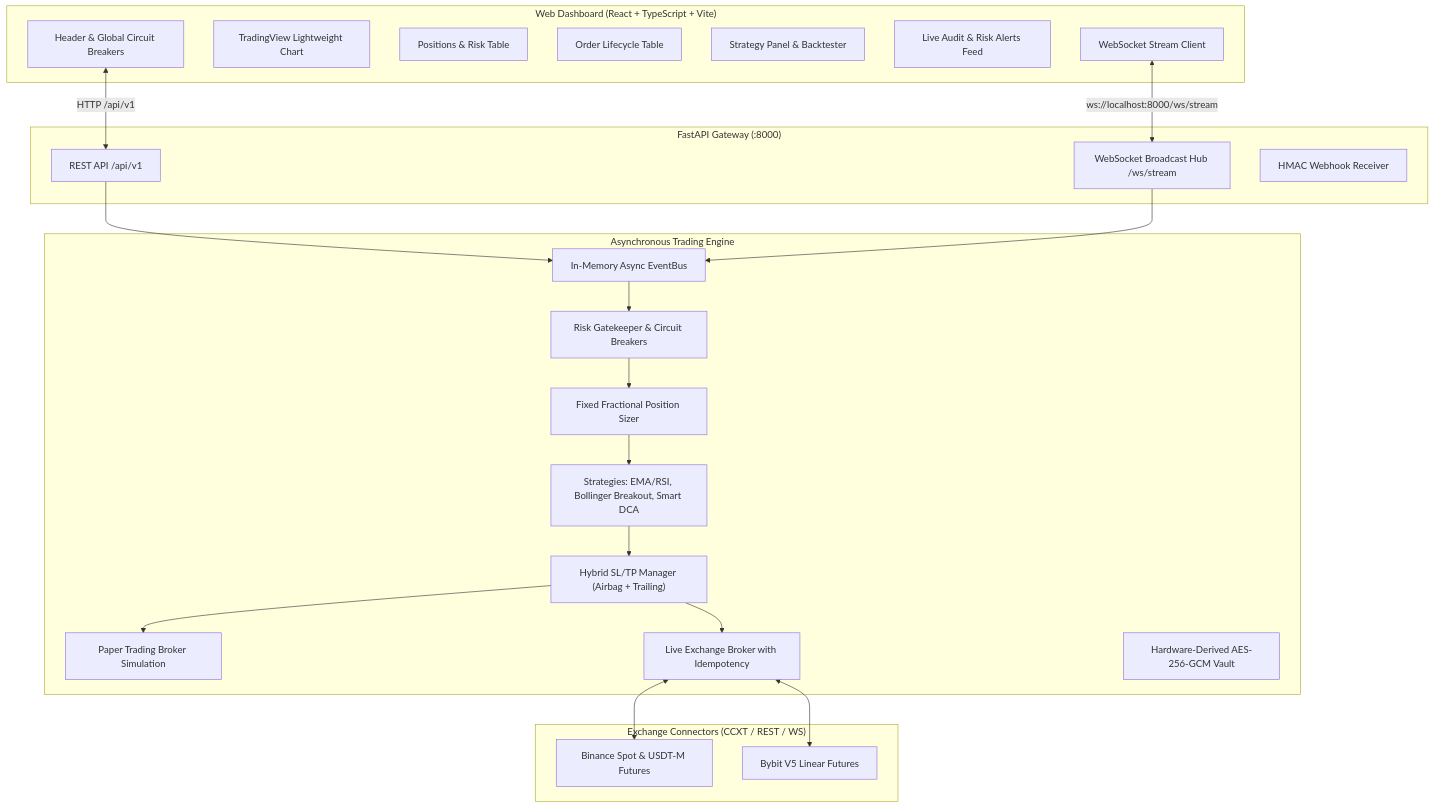
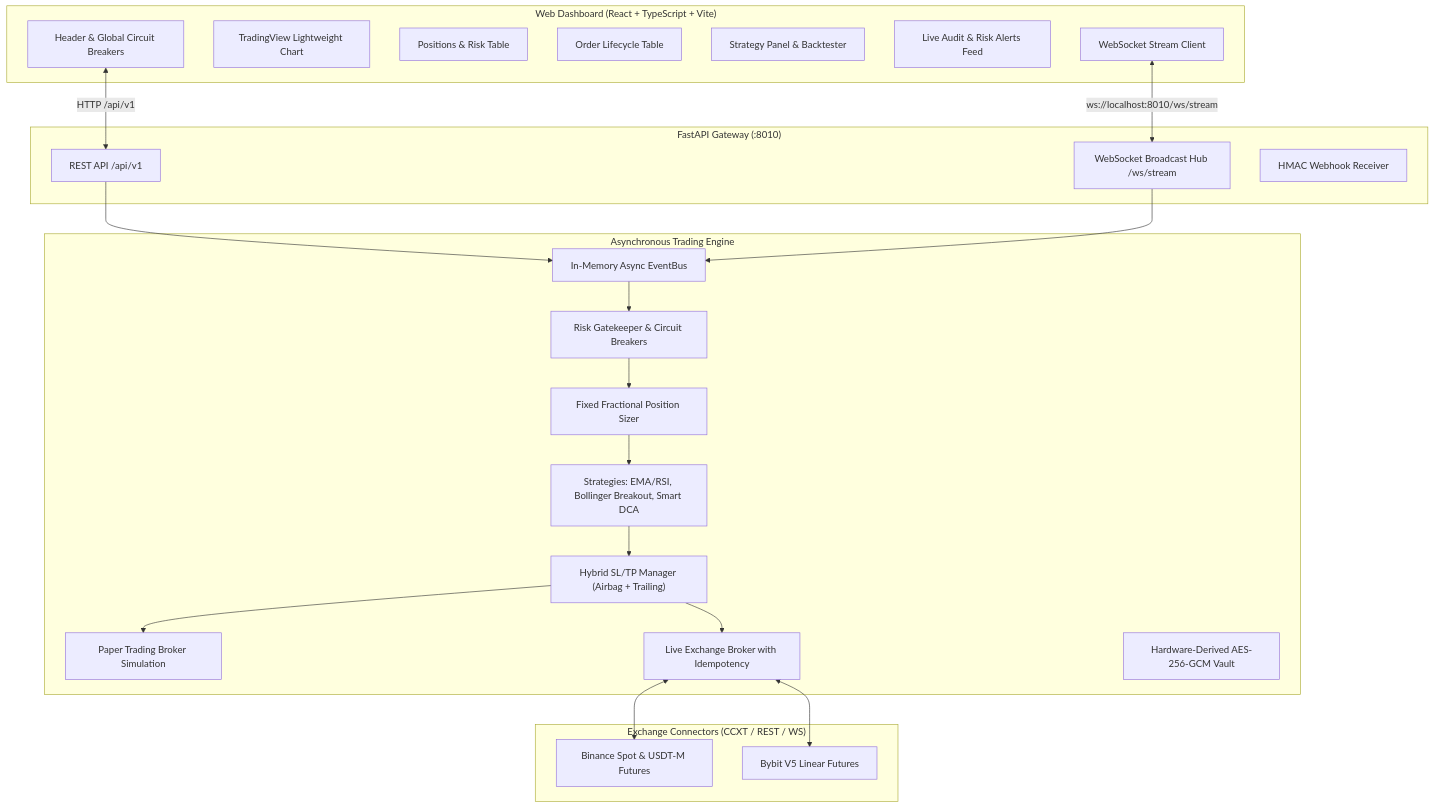
Before and after one commit to Bajidaan/crypto-trading-platform: the diagram in README.md, drawn with Mermaid. The commit also changed other lines of this file and 5 other files, not shown here.

````diff
--- a/README.md
+++ b/README.md
@@ -9,47 +9,47 @@
 ```mermaid
 flowchart TD
     subgraph Frontend ["Web Dashboard (React + TypeScript + Vite)"]
         UI_Head["Header & Global Circuit Breakers"]
         UI_Chart["TradingView Lightweight Chart"]
         UI_Pos["Positions & Risk Table"]
         UI_Ord["Order Lifecycle Table"]
         UI_Strat["Strategy Panel & Backtester"]
         UI_Feed["Live Audit & Risk Alerts Feed"]
         UI_WS["WebSocket Stream Client"]
     end
 
-    subgraph Gateway ["FastAPI Gateway (:8000)"]
+    subgraph Gateway ["FastAPI Gateway (:8010)"]
         REST_API["REST API /api/v1"]
         WS_HUB["WebSocket Broadcast Hub /ws/stream"]
         SEC_AUTH["HMAC Webhook Receiver"]
     end
 
     subgraph CoreEngine ["Asynchronous Trading Engine"]
         BUS["In-Memory Async EventBus"]
         RISK["Risk Gatekeeper & Circuit Breakers"]
         SIZER["Fixed Fractional Position Sizer"]
         STRATS["Strategies: EMA/RSI, Bollinger Breakout, Smart DCA"]
         SLTP["Hybrid SL/TP Manager (Airbag + Trailing)"]
         PAPER["Paper Trading Broker Simulation"]
         LIVE["Live Exchange Broker with Idempotency"]
         VAULT["Hardware-Derived AES-256-GCM Vault"]
     end
 
     subgraph Exchanges ["Exchange Connectors (CCXT / REST / WS)"]
         BINANCE["Binance Spot & USDT-M Futures"]
         BYBIT["Bybit V5 Linear Futures"]
     end
 
-    UI_WS <-->|"ws://localhost:8000/ws/stream"| WS_HUB
+    UI_WS <-->|"ws://localhost:8010/ws/stream"| WS_HUB
     UI_Head <-->|"HTTP /api/v1"| REST_API
     REST_API --> BUS
     WS_HUB --> BUS
     BUS --> RISK
     RISK --> SIZER
     SIZER --> STRATS
     STRATS --> SLTP
     SLTP --> PAPER
     SLTP --> LIVE
     LIVE <--> BINANCE
     LIVE <--> BYBIT
 ```
````
